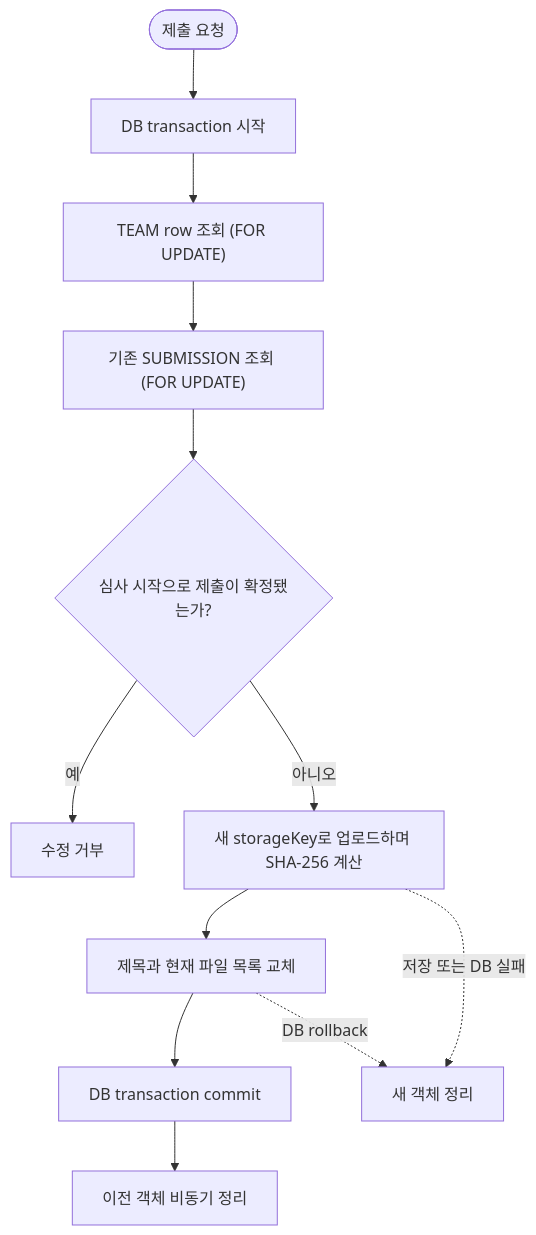
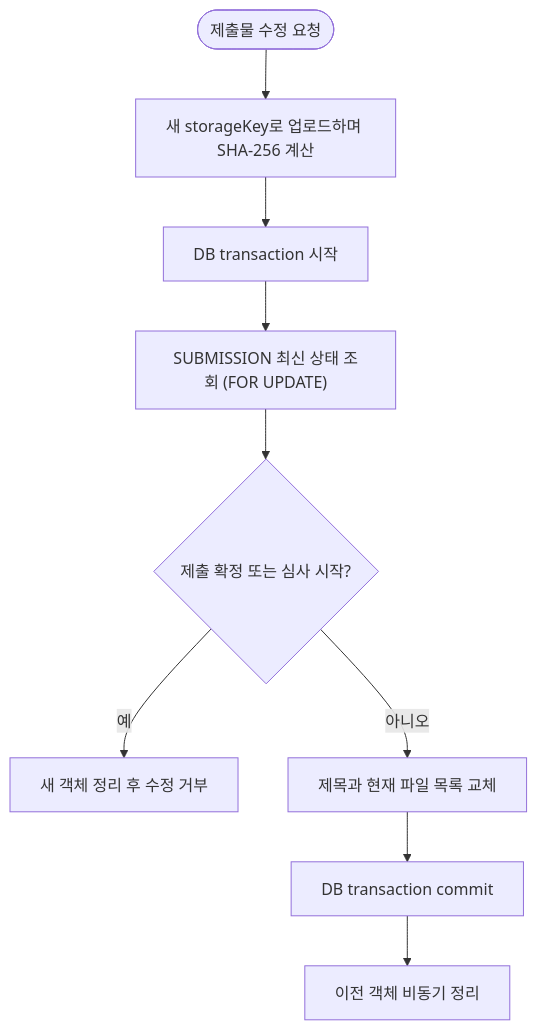
The eighth of 22 diagrams in docs/architecture-diagrams.md (Tok-Baro/Trekkey_BackEnd), drawn with Mermaid before and after one commit. The commit also changed other lines of this file and 408 other files, not shown here.

````diff
--- a/docs/architecture-diagrams.md
+++ b/docs/architecture-diagrams.md
@@ -267,14 +264,11 @@
 ```mermaid
 flowchart TD
-    request(["제출 요청"]) --> transaction["DB transaction 시작"]
-    transaction --> teamLock["TEAM row 조회 (FOR UPDATE)"]
-    teamLock --> latest["기존 SUBMISSION 조회 (FOR UPDATE)"]
-    latest --> finalized{"심사 시작으로 제출이 확정됐는가?"}
-    finalized -->|"예"| reject["수정 거부"]
-    finalized -->|"아니오"| upload["새 storageKey로 업로드하며 SHA-256 계산"]
-    upload --> replace["제목과 현재 파일 목록 교체"]
+    request(["제출물 수정 요청"]) --> upload["새 storageKey로 업로드하며 SHA-256 계산"]
+    upload --> transaction["DB transaction 시작"]
+    transaction --> latest["SUBMISSION 최신 상태 조회 (FOR UPDATE)"]
+    latest --> immutable{"제출 확정 또는 심사 시작?"}
+    immutable -->|"예"| cleanupNew["새 객체 정리 후 수정 거부"]
+    immutable -->|"아니오"| replace["제목과 현재 파일 목록 교체"]
     replace --> commit["DB transaction commit"]
     commit --> cleanupOld["이전 객체 비동기 정리"]
-    upload -. "저장 또는 DB 실패" .-> cleanupNew["새 객체 정리"]
-    replace -. "DB rollback" .-> cleanupNew
 ```
````
